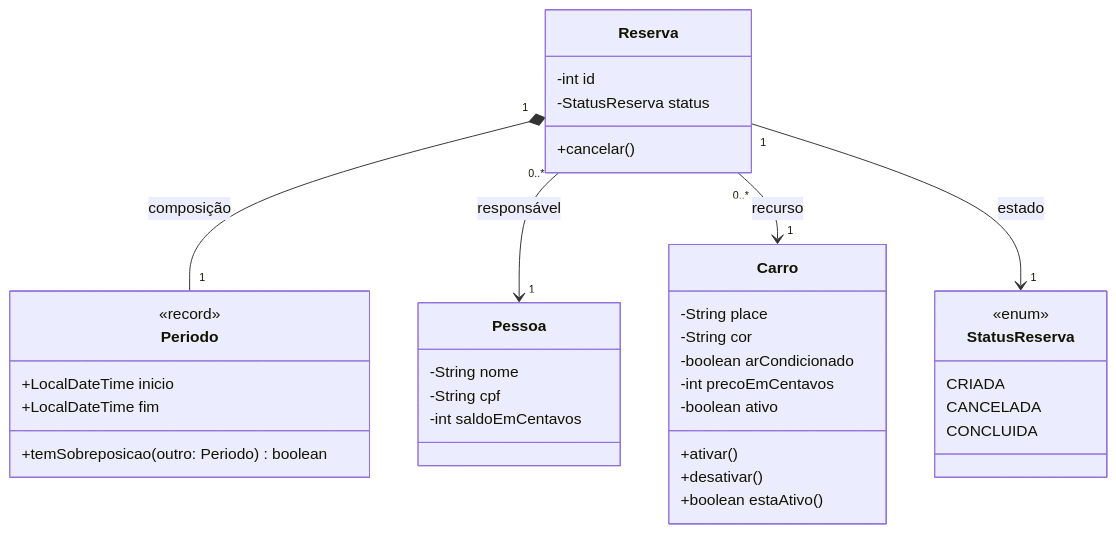
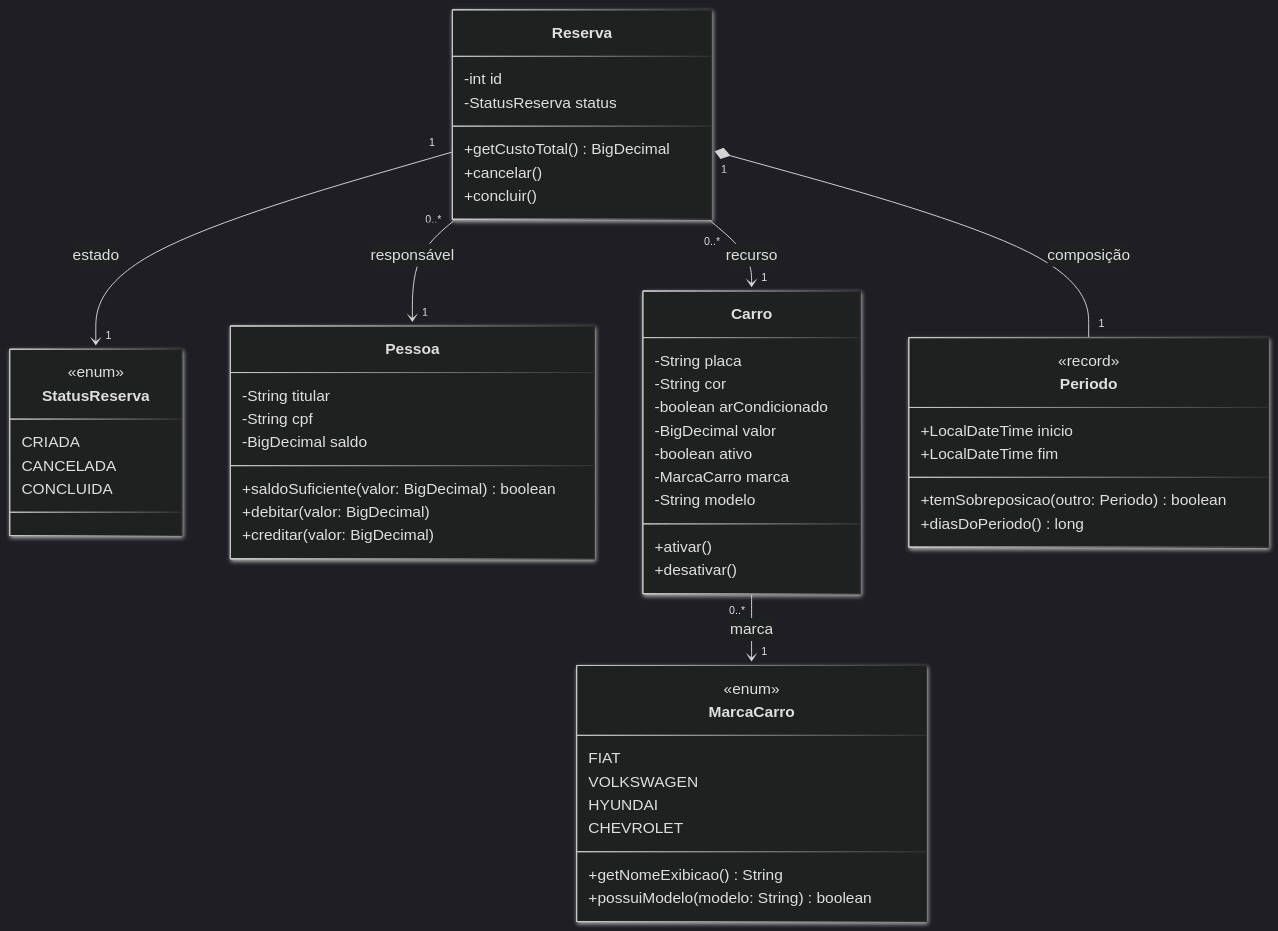
The diagram in docs/README.md (Vinny-26/java-project), drawn with Mermaid before and after one commit. The commit also changed 1 other file, not shown here.

Commit message:
Update ReadME e diagrama-de-classes

````diff
--- a/docs/README.md
+++ b/docs/README.md
@@ -17,50 +17,68 @@
-```mermaid
+```mermaid 
 ---
 config:
-  theme: dark
-  look: neo
+  theme: dark
+  look: neo
 ---
 classDiagram
-    
+
     class StatusReserva {
       <<enum>>
       CRIADA
       CANCELADA
       CONCLUIDA
     }
-    
+
+    class MarcaCarro {
+      <<enum>>
+      FIAT
+      VOLKSWAGEN
+      HYUNDAI
+      CHEVROLET
+      +getNomeExibicao() String
+      +possuiModelo(modelo: String) boolean
+    }
+
     class Pessoa {
-      -String nome
+      -String titular
       -String cpf
-      -int saldoEmCentavos
+      -BigDecimal saldo
+      +saldoSuficiente(valor: BigDecimal) boolean
+      +debitar(valor: BigDecimal)
+      +creditar(valor: BigDecimal)
     }
-    
+
     class Carro {
-      -String place
+      -String placa
       -String cor
       -boolean arCondicionado
-      -int precoEmCentavos
+      -BigDecimal valor
       -boolean ativo
+      -MarcaCarro marca
+      -String modelo
       +ativar()
       +desativar()
-      +boolean estaAtivo()
     }
 
     class Periodo {
-        <<record>>
-        +LocalDateTime inicio
-        +LocalDateTime fim
-        +temSobreposicao(outro: Periodo) boolean
+      <<record>>
+      +LocalDateTime inicio
+      +LocalDateTime fim
+      +temSobreposicao(outro: Periodo) boolean
+      +diasDoPeriodo() long
     }
 
     class Reserva {
       -int id
+      -StatusReserva status
+      +getCustoTotal() BigDecimal
       +cancelar()
-      -StatusReserva status
+      +concluir()
     }
-    
+
     Reserva "1" *-- "1" Periodo : composição
     Reserva "0..*" --> "1" Pessoa : responsável
     Reserva "0..*" --> "1" Carro : recurso
     Reserva "1" --> "1" StatusReserva : estado
-```
+    Carro "0..*" --> "1" MarcaCarro : marca
+``` 
````
